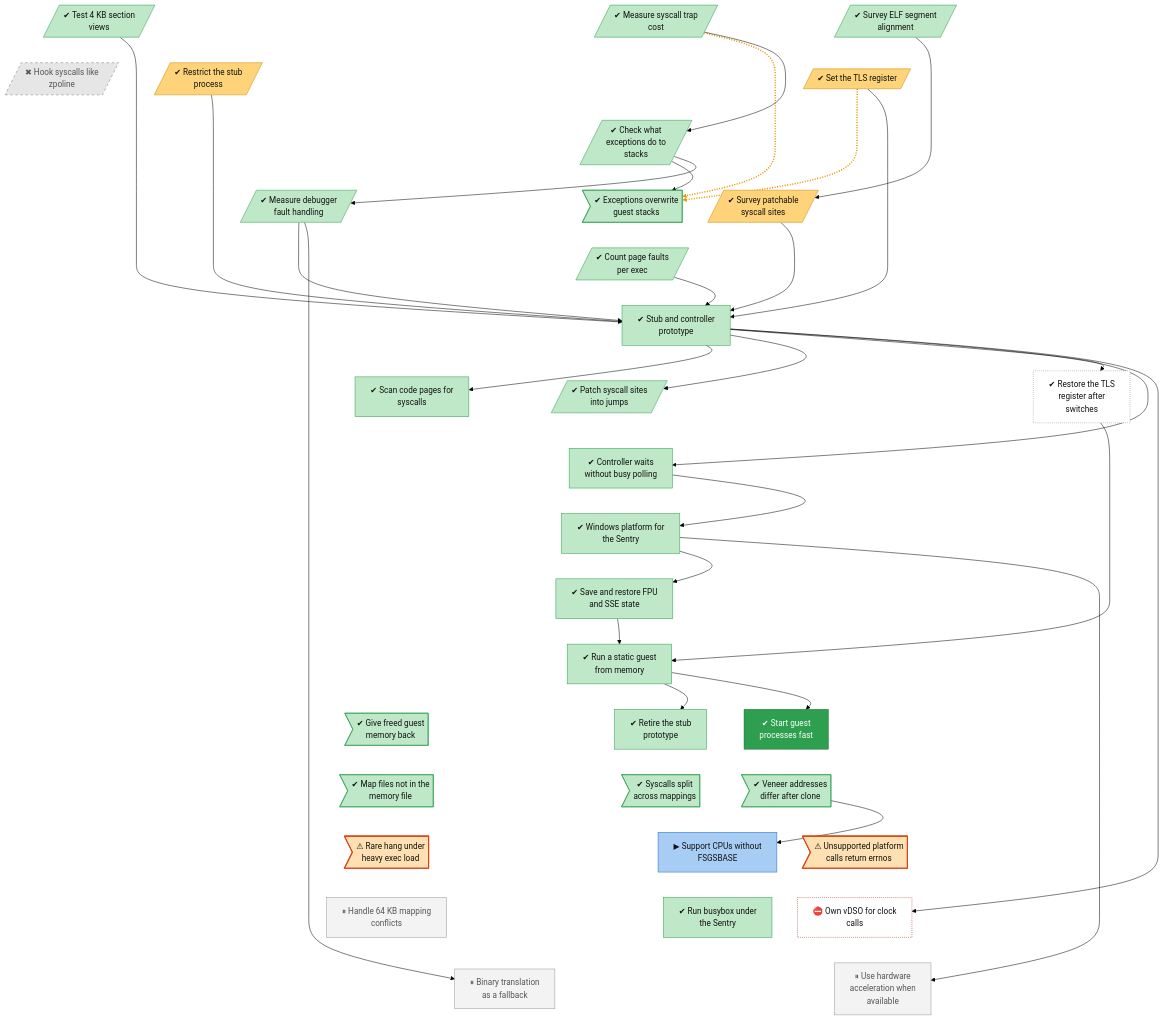
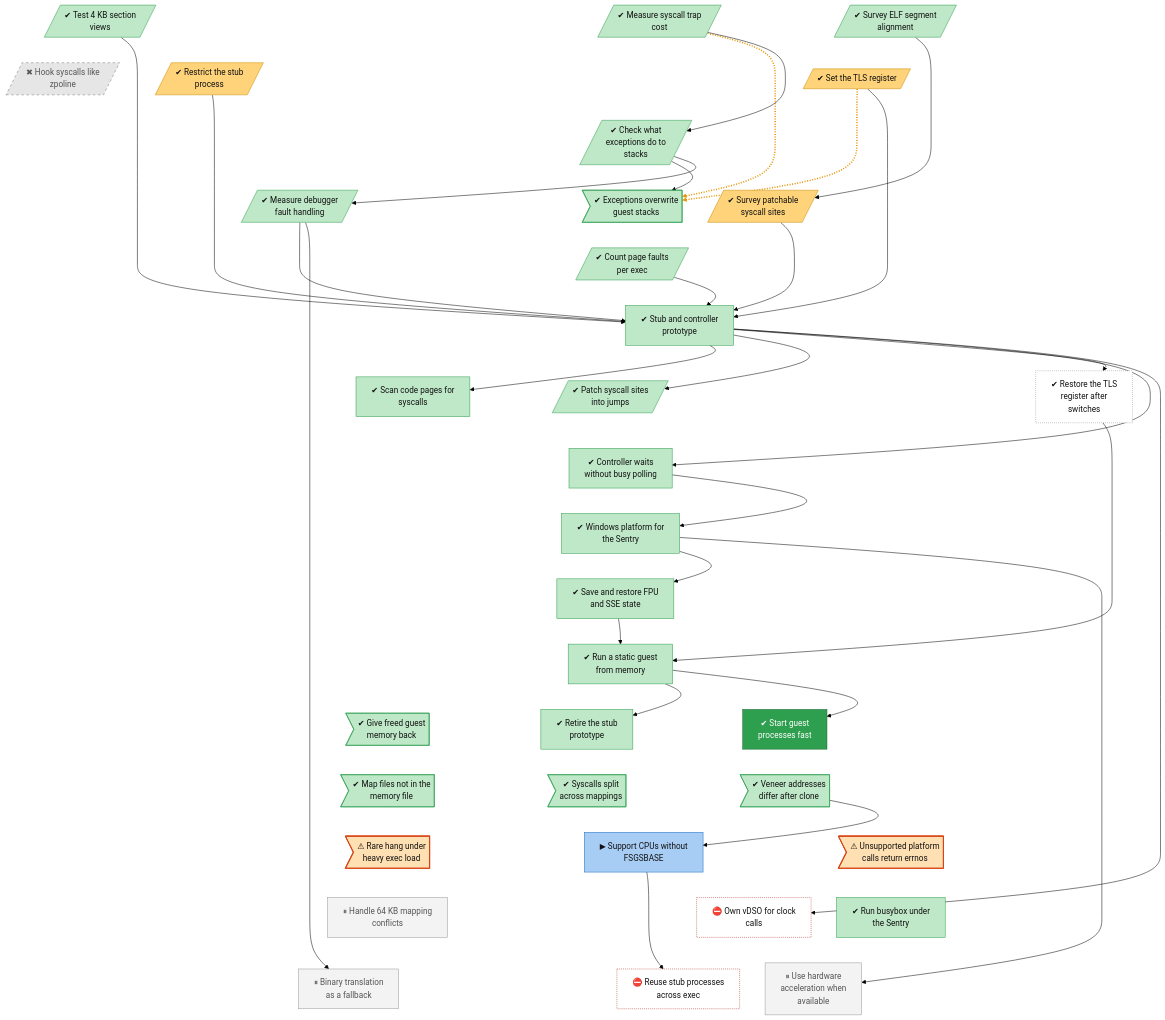
One commit to lhns/gvisor-windows changed the diagram in docs/roadmap/tracks/platform.md. Above: the diagram before and after it, drawn with Mermaid (forest theme). The commit also changed other lines of this file and 23 other files, not shown here.

````diff
--- a/docs/roadmap/tracks/platform.md
+++ b/docs/roadmap/tracks/platform.md
@@ -42,6 +42,7 @@
     platform_busybox_on_windows["✔ Run busybox under<br/>the Sentry"]
     platform_hardware_acceleration["⏸ Use hardware<br/>acceleration when<br/>available"]
     platform_binary_translation_fallback["⏸ Binary translation<br/>as a fallback"]
+    platform_recycle_stubs["⛔ Reuse stub processes<br/>across exec"]
     platform_elf_alignment_survey ~~~ platform_tls_register
     platform_trap_cost ~~~ platform_restricted_stub
     platform_4k_section_views ~~~ platform_zpoline_hooks
@@ -78,7 +79,7 @@
     platform_unsupported_errno ~~~ platform_busybox_on_windows
     platform_own_vdso ~~~ platform_hardware_acceleration
     platform_64k_mapping_conflicts ~~~ platform_binary_translation_fallback
-    platform_busybox_on_windows ~~~ platform_binary_translation_fallback
+    platform_busybox_on_windows ~~~ platform_recycle_stubs
     platform_trap_cost -.-> platform_veh_on_guest_stack_unsafe
     platform_tls_register -.-> platform_veh_on_guest_stack_unsafe
     platform_trap_cost --> platform_exception_stack
@@ -105,6 +106,7 @@
     platform_stub_controller --> platform_own_vdso
     platform_winstub --> platform_hardware_acceleration
     platform_debug_event_cost --> platform_binary_translation_fallback
+    platform_no_fsgsbase_fallback --> platform_recycle_stubs
     linkStyle 37,38 stroke:#e69500,stroke-width:3px,stroke-dasharray:2 3
     classDef vsucc fill:#2e9e4f,stroke:#1b6b34,color:#fff
     classDef succ fill:#bfe8c8,stroke:#2e9e4f,color:#111
@@ -127,6 +129,6 @@
     class platform_fast_process_start vsucc
     class platform_no_fsgsbase_fallback inprog
     class platform_rare_hang_under_exec_load,platform_unsupported_errno finding
-    class platform_own_vdso blocked
+    class platform_own_vdso,platform_recycle_stubs blocked
     class platform_64k_mapping_conflicts,platform_hardware_acceleration,platform_binary_translation_fallback parked
 ```
````
